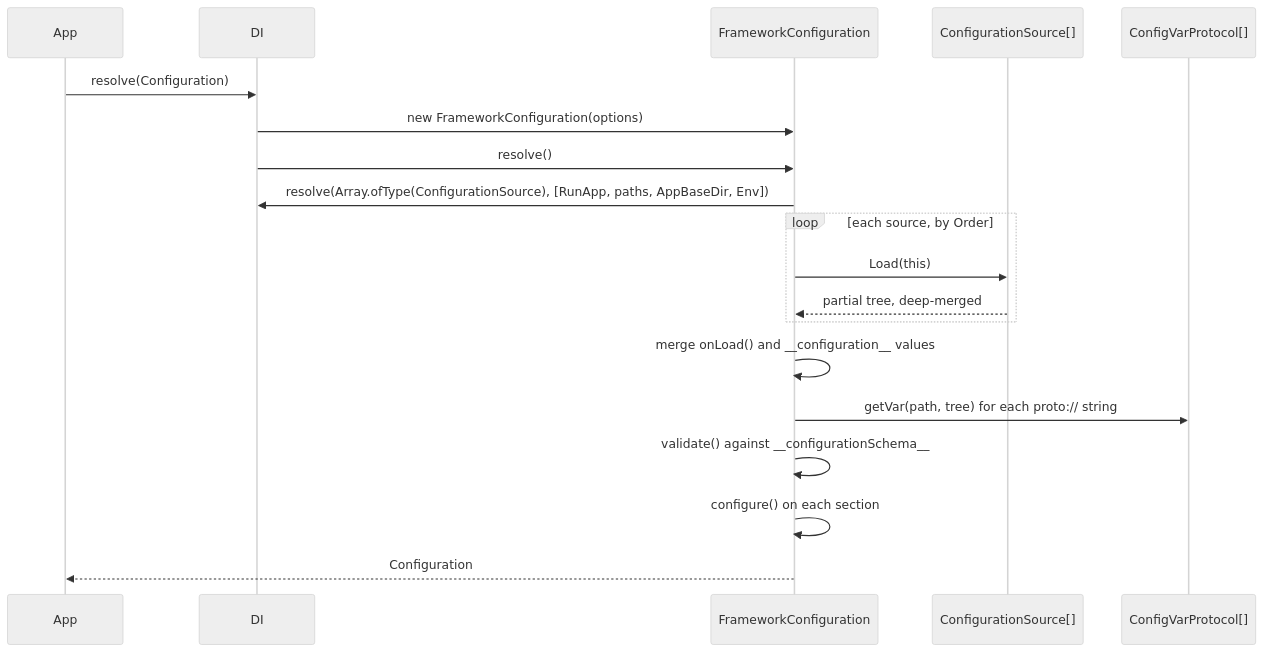
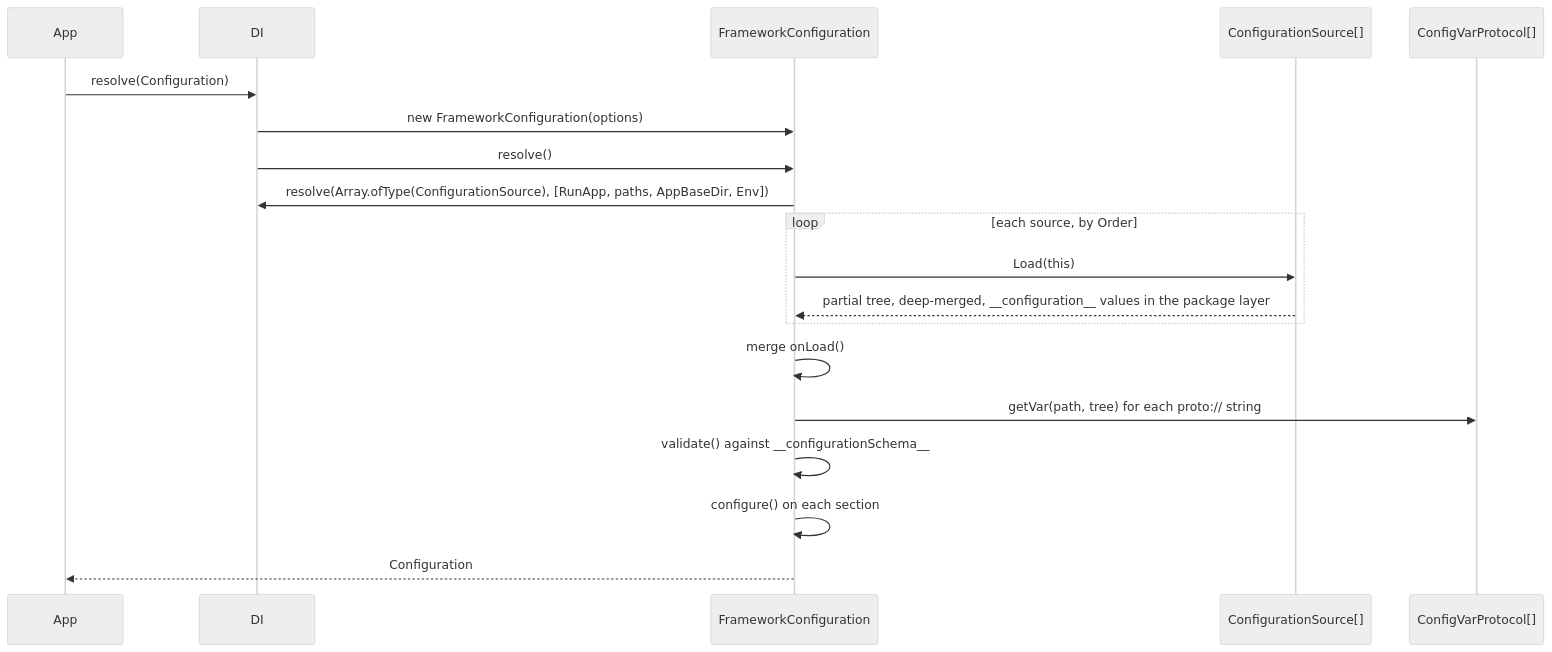
The diagram in docs/configuration/01-configuration-service.md (spinajs/main), drawn with Mermaid (neutral theme) before and after one commit. The commit also changed other lines of this file and 10 other files, not shown here.

First line of the commit message:
feat(configuration)!: __configuration__ values are package defaults

````diff
--- a/docs/configuration/01-configuration-service.md
+++ b/docs/configuration/01-configuration-service.md
@@ -29,21 +28,21 @@
 ```mermaid
 sequenceDiagram
   participant App
   participant DI
   participant FC as FrameworkConfiguration
   participant S as ConfigurationSource[]
   participant P as ConfigVarProtocol[]
   App->>DI: resolve(Configuration)
   DI->>FC: new FrameworkConfiguration(options)
   DI->>FC: resolve()
   FC->>DI: resolve(Array.ofType(ConfigurationSource), [RunApp, paths, AppBaseDir, Env])
   loop each source, by Order
     FC->>S: Load(this)
-    S-->>FC: partial tree, deep-merged
+    S-->>FC: partial tree, deep-merged, __configuration__ values in the package layer
   end
-  FC->>FC: merge onLoad() and __configuration__ values
+  FC->>FC: merge onLoad()
   FC->>P: getVar(path, tree) for each proto:// string
   FC->>FC: validate() against __configurationSchema__
   FC->>FC: configure() on each section
   FC-->>App: Configuration
 ```
````
